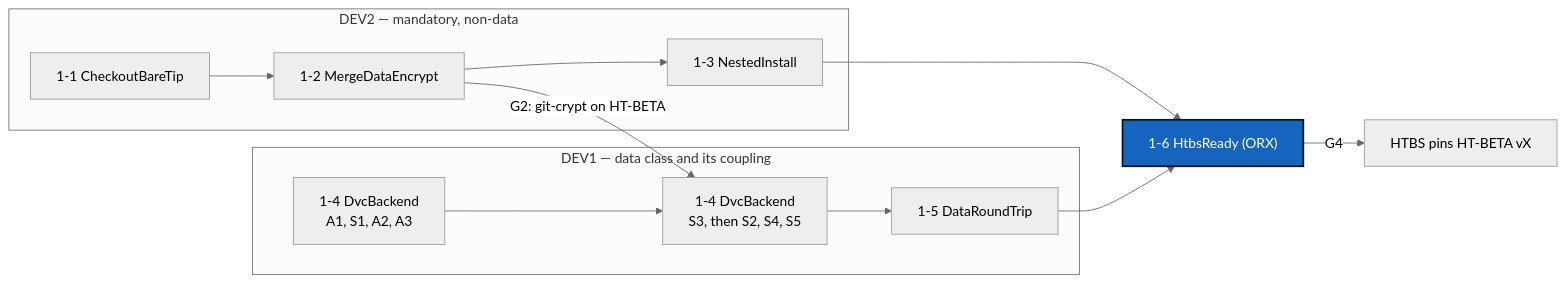
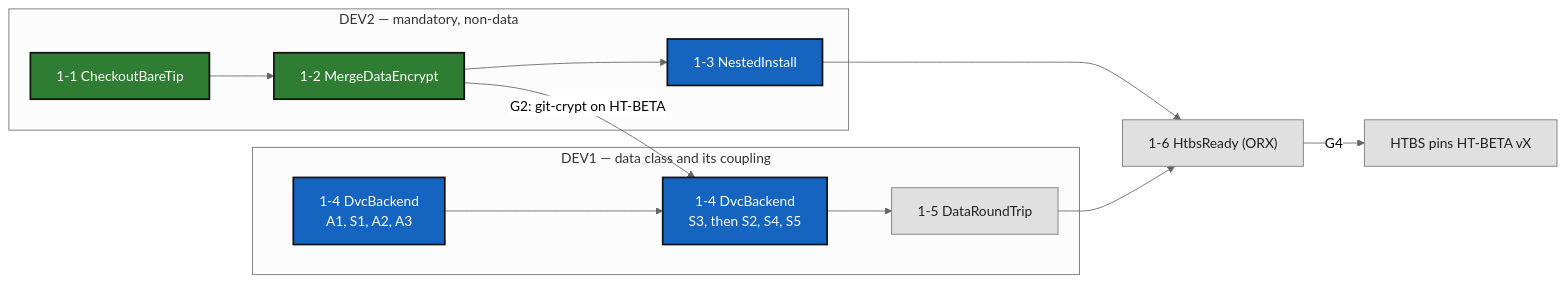
The diagram in DevTickets/Roadmap/HTBS_Roadmap.md (flipoyo/.dev), drawn with Mermaid (neutral theme) before and after one commit. The commit also changed other lines of this file and 2 other files, not shown here.

````diff
--- a/DevTickets/Roadmap/HTBS_Roadmap.md
+++ b/DevTickets/Roadmap/HTBS_Roadmap.md
@@ -26,16 +26,20 @@
 ```mermaid
 graph LR
     subgraph DEV2["DEV2 — mandatory, non-data"]
         C["1-1 CheckoutBareTip"] --> M["1-2 MergeDataEncrypt"] --> N["1-3 NestedInstall"]
     end
     subgraph DEV1["DEV1 — data class and its coupling"]
         V1["1-4 DvcBackend<br/>A1, S1, A2, A3"] --> V3["1-4 DvcBackend<br/>S3, then S2, S4, S5"] --> R["1-5 DataRoundTrip"]
     end
     M -->|"G2: git-crypt on HT-BETA"| V3
     N --> H["1-6 HtbsReady (ORX)"]
     R --> H
     H -->|"G4"| P["HTBS pins HT-BETA vX"]
 
-    classDef here fill:#1565C0,color:#fff,stroke:#111,stroke-width:2px;
-    class H here;
+    classDef done fill:#2E7D32,color:#fff,stroke:#111,stroke-width:2px;
+    classDef ready fill:#1565C0,color:#fff,stroke:#111,stroke-width:2px;
+    classDef waiting fill:#E0E0E0,color:#222,stroke:#777,stroke-width:1px;
+    class C,M done;
+    class N,V1,V3 ready;
+    class R,H,P waiting;
 ```
````
